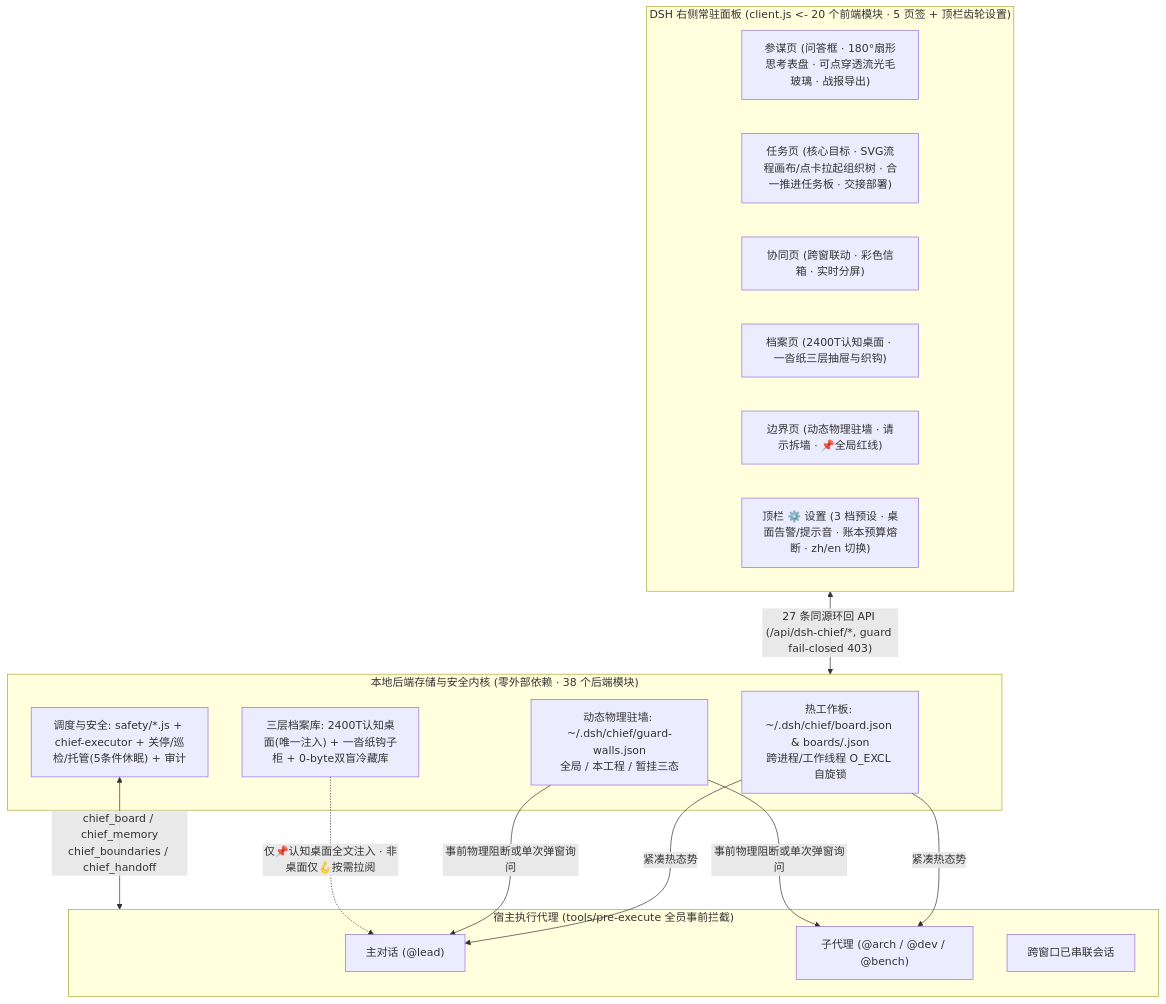
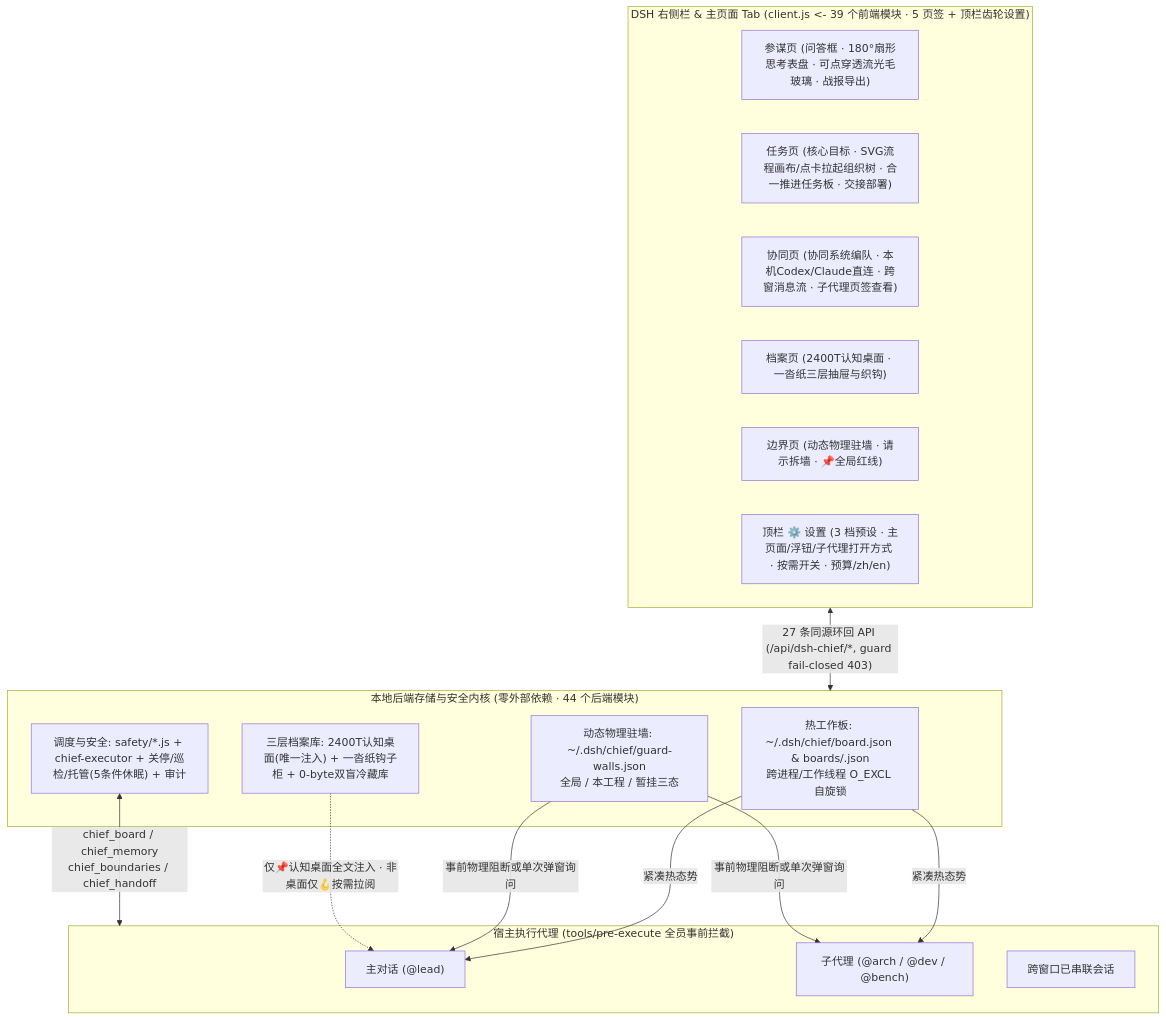
The second of 2 diagrams in README.md (gluztm/dsh-chief), drawn with Mermaid before and after one commit. The commit also changed other lines of this file and 7 other files, not shown here.

````diff
--- a/README.md
+++ b/README.md
@@ -314,32 +326,32 @@
 ```mermaid
 flowchart TB
-  subgraph UI["DSH 右侧常驻面板 (client.js <- 20 个前端模块 · 5 页签 + 顶栏齿轮设置)"]
+  subgraph UI["DSH 右侧栏 & 主页面 Tab (client.js <- 39 个前端模块 · 5 页签 + 顶栏齿轮设置)"]
     T1["参谋页 (问答框 · 180°扇形思考表盘 · 可点穿透流光毛玻璃 · 战报导出)"]
     T2["任务页 (核心目标 · SVG流程画布/点卡拉起组织树 · 合一推进任务板 · 交接部署)"]
-    T3["协同页 (跨窗联动 · 彩色信箱 · 实时分屏)"]
+    T3["协同页 (协同系统编队 · 本机Codex/Claude直连 · 跨窗消息流 · 子代理页签查看)"]
     T5["档案页 (2400T认知桌面 · 一沓纸三层抽屉与织钩)"]
     T6["边界页 (动态物理驻墙 · 请示拆墙 · 📌全局红线)"]
-    T7["顶栏 ⚙️ 设置 (3 档预设 · 桌面告警/提示音 · 账本预算熔断 · zh/en 切换)"]
+    T7["顶栏 ⚙️ 设置 (3 档预设 · 主页面/浮钮/子代理打开方式 · 按需开关 · 预算/zh/en)"]
   end
 
-  subgraph Core["本地后端存储与安全内核 (零外部依赖 · 38 个后端模块)"]
+  subgraph Core["本地后端存储与安全内核 (零外部依赖 · 44 个后端模块)"]
     Hot["热工作板: ~/.dsh/chief/board.json & boards/<sid>.json\n跨进程/工作线程 O_EXCL 自旋锁"]
     Walls["动态物理驻墙: ~/.dsh/chief/guard-walls.json\n全局 / 本工程 / 暂挂三态"]
     Cold["三层档案库: 2400T认知桌面(唯一注入) + 一沓纸钩子柜 + 0-byte双盲冷藏库"]
     Bus["调度与安全: safety/*.js + chief-executor + 关停/巡检/托管(5条件休眠) + 审计"]
   end
 
   subgraph Agents["宿主执行代理 (tools/pre-execute 全员事前拦截)"]
     Lead["主对话 (@lead)"]
     Subs["子代理 (@arch / @dev / @bench)"]
     Peers["跨窗口已串联会话"]
   end
 
   UI <-->|"27 条同源环回 API (/api/dsh-chief/*, guard fail-closed 403)"| Core
   Hot -->|"紧凑热态势"| Lead
   Hot -->|"紧凑热态势"| Subs
   Walls -->|"事前物理阻断或单次弹窗询问"| Lead
   Walls -->|"事前物理阻断或单次弹窗询问"| Subs
   Cold -.->|"仅📌认知桌面全文注入 · 非桌面仅🪝按需拉阅"| Lead
   Bus <-->|"chief_board / chief_memory\nchief_boundaries / chief_handoff"| Agents
 ```
````
